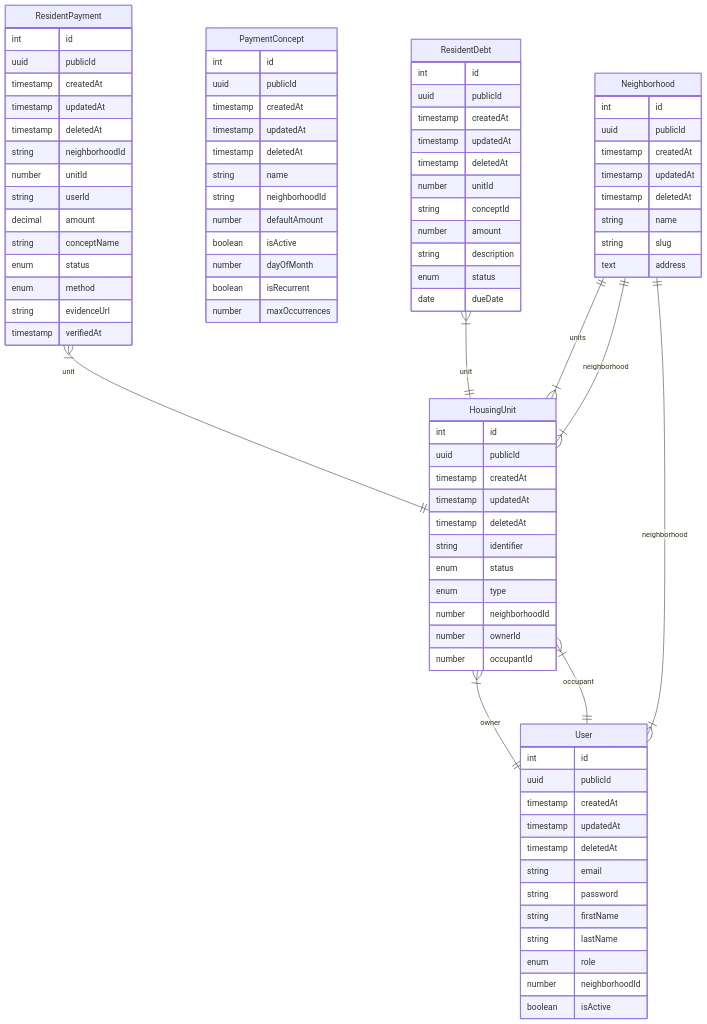
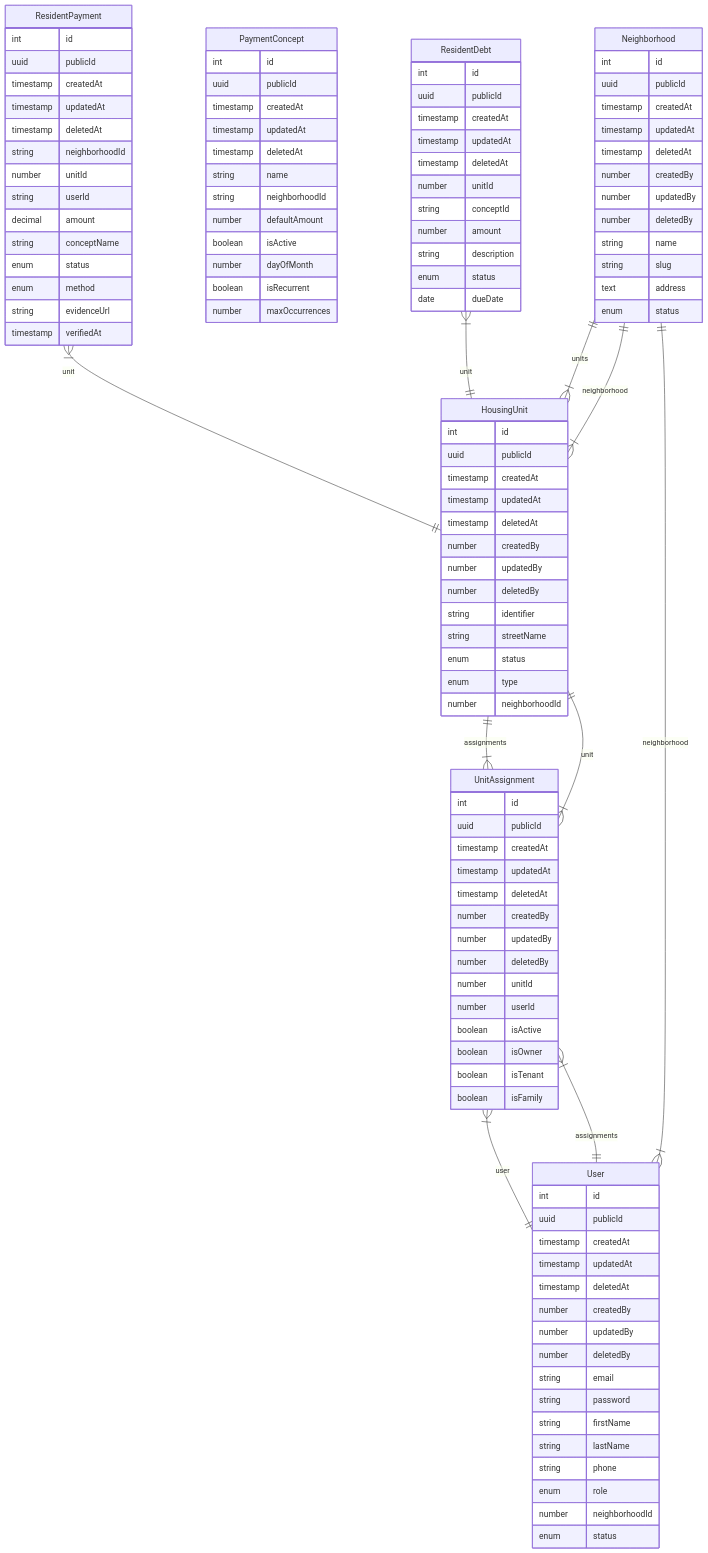
The diagram in docs/database-schema.md (MGonzalez2489/nex-house), drawn with Mermaid before and after one commit.

```diff
--- a/docs/database-schema.md
+++ b/docs/database-schema.md
@@ -12,9 +12,13 @@
         timestamp createdAt
         timestamp updatedAt
         timestamp deletedAt
+        number createdBy
+        number updatedBy
+        number deletedBy
         string name
         string slug
         text address
+        enum status
     }
     Neighborhood ||--|{ HousingUnit : "units"
     User {
@@ -23,31 +27,55 @@
         timestamp createdAt
         timestamp updatedAt
         timestamp deletedAt
+        number createdBy
+        number updatedBy
+        number deletedBy
         string email
         string password
         string firstName
         string lastName
+        string phone
         enum role
         number neighborhoodId
-        boolean isActive
+        enum status
     }
     User }|--|| Neighborhood : "neighborhood"
+    User ||--|{ UnitAssignment : "assignments"
+    UnitAssignment {
+        int id
+        uuid publicId
+        timestamp createdAt
+        timestamp updatedAt
+        timestamp deletedAt
+        number createdBy
+        number updatedBy
+        number deletedBy
+        number unitId
+        number userId
+        boolean isActive
+        boolean isOwner
+        boolean isTenant
+        boolean isFamily
+    }
+    UnitAssignment }|--|| HousingUnit : "unit"
+    UnitAssignment }|--|| User : "user"
     HousingUnit {
         int id
         uuid publicId
         timestamp createdAt
         timestamp updatedAt
         timestamp deletedAt
+        number createdBy
+        number updatedBy
+        number deletedBy
         string identifier
+        string streetName
         enum status
         enum type
         number neighborhoodId
-        number ownerId
-        number occupantId
     }
     HousingUnit }|--|| Neighborhood : "neighborhood"
-    HousingUnit }|--|| User : "owner"
-    HousingUnit }|--|| User : "occupant"
+    HousingUnit ||--|{ UnitAssignment : "assignments"
     PaymentConcept {
         int id
         uuid publicId
```
